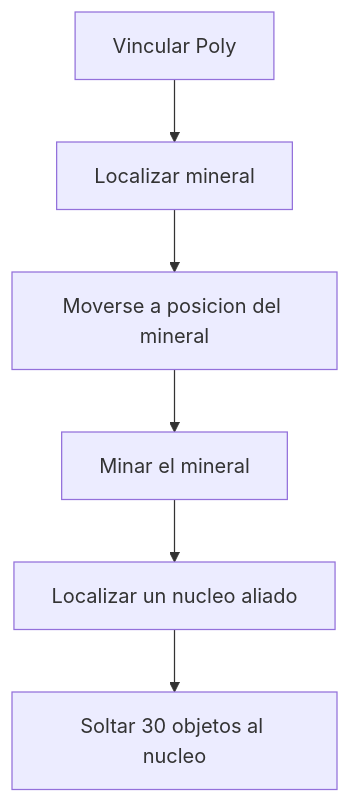
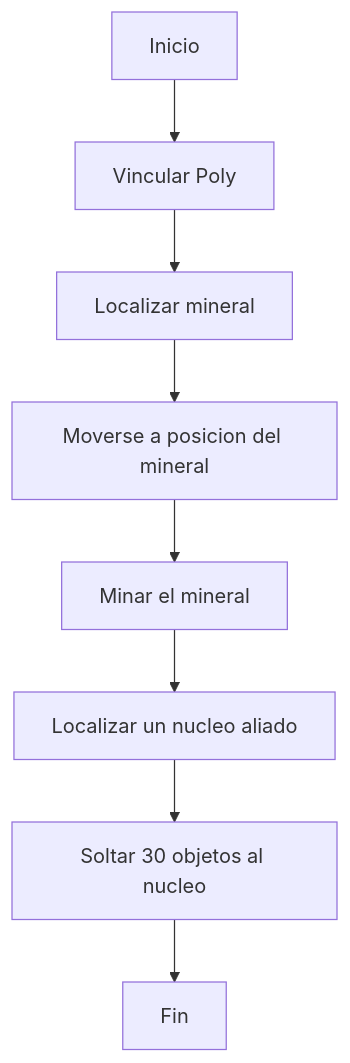
One commit to Vect0r0/Test changed the first of 2 diagrams in docs/instrucciones-y-concepto-de-control-de-flujo.md. Above: the diagram before and after it, drawn with Mermaid. The commit also changed other lines of this file and 3 other files, not shown here.

````diff
--- a/docs/instrucciones-y-concepto-de-control-de-flujo.md
+++ b/docs/instrucciones-y-concepto-de-control-de-flujo.md
@@ -13,8 +13,10 @@
 ``` mermaid
 graph TD
-	A[Vincular Poly] --> B[Localizar mineral];
-	B --> C[Moverse a posicion del mineral];
-	C --> D[Minar el mineral];
-	D --> E[Localizar un nucleo aliado];
-	E --> F[Soltar 30 objetos al nucleo];
+	A[Inicio] --> B
+	B[Vincular Poly] --> C[Localizar mineral];
+	C --> D[Moverse a posicion del mineral];
+	D --> E[Minar el mineral];
+	E --> F[Localizar un nucleo aliado];
+	F --> G[Soltar 30 objetos al nucleo];
+	G --> H[Fin];
 ```
````
